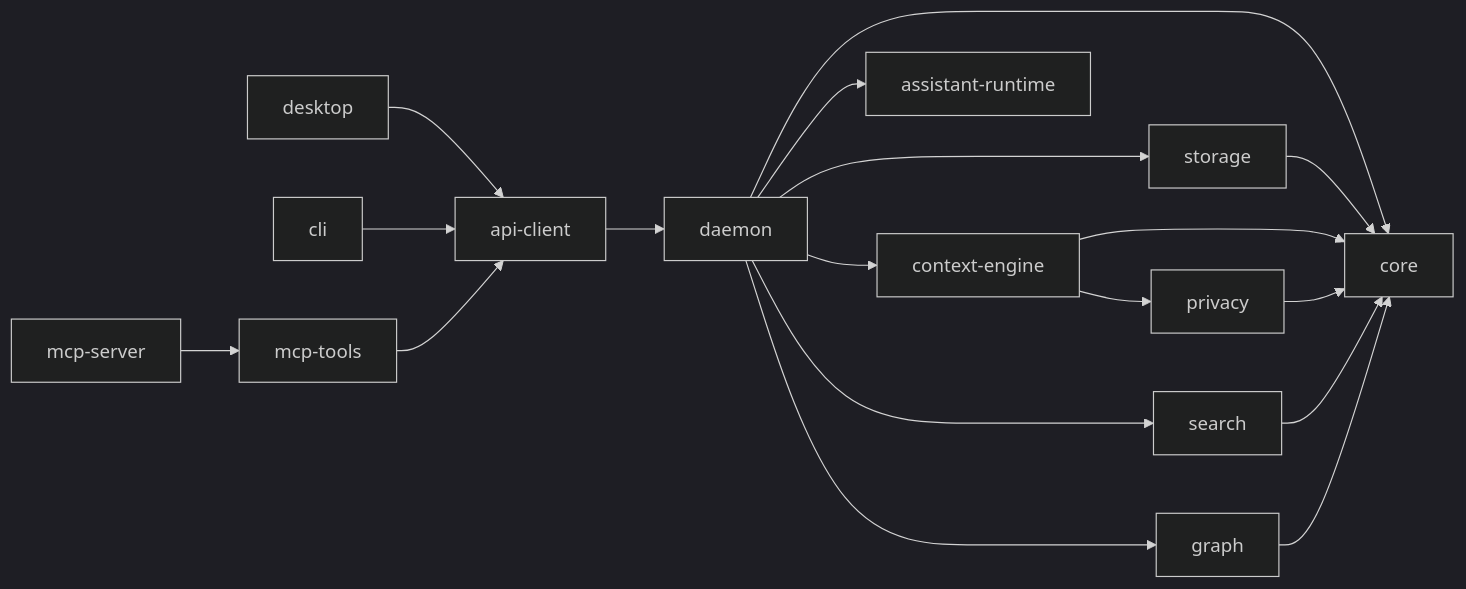
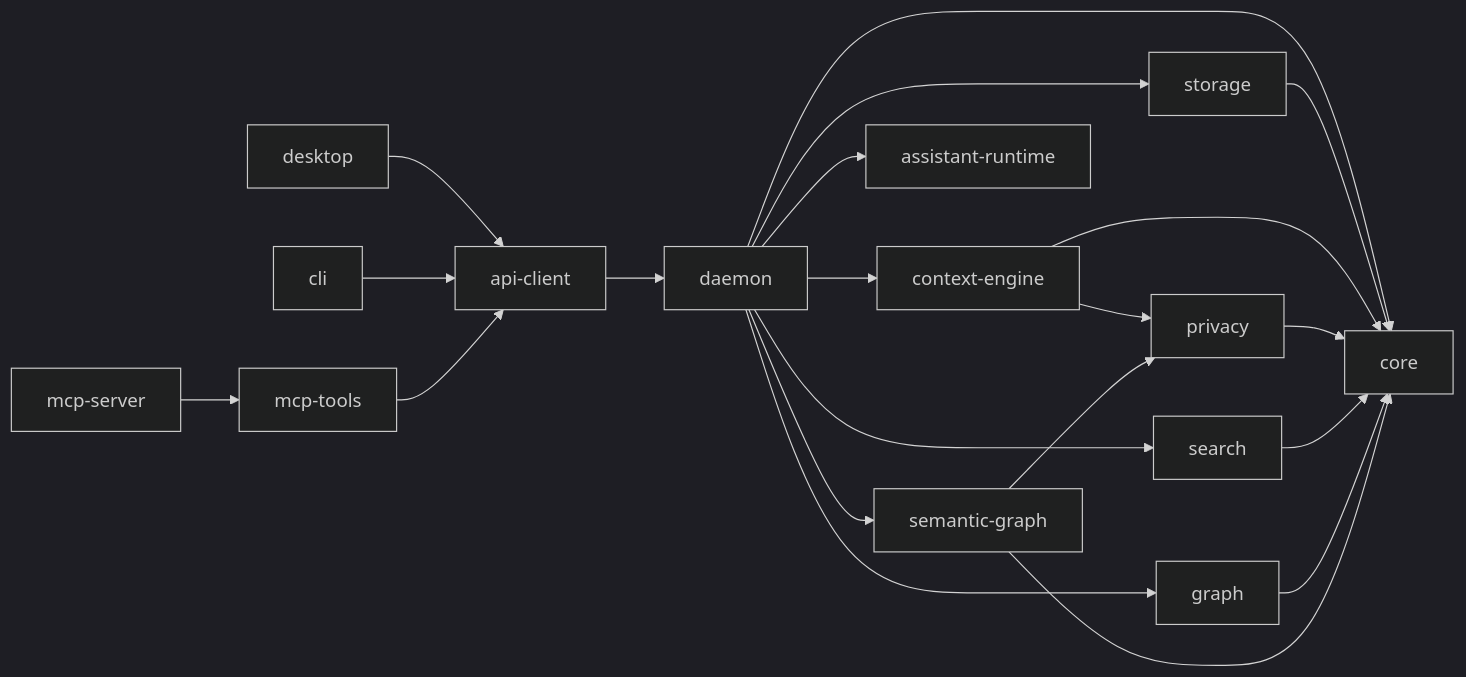
One commit to zharwing/memory changed diagram 21 of 21 in docs/DIAGRAMS.md. Above: the diagram before and after it, drawn with Mermaid (dark theme). The commit also changed other lines of this file and 7 other files, not shown here.

````diff
--- a/docs/DIAGRAMS.md
+++ b/docs/DIAGRAMS.md
@@ -689,20 +693,23 @@
 ```mermaid
 flowchart LR
   Desktop["desktop"] --> ApiClient["api-client"]
   CLI["cli"] --> ApiClient
   MCPServer["mcp-server"] --> MCPTools["mcp-tools"]
   MCPTools --> ApiClient
   ApiClient --> Daemon["daemon"]
   Daemon --> Core["core"]
   Daemon --> Storage["storage"]
   Daemon --> Context["context-engine"]
   Daemon --> Search["search"]
   Daemon --> Graph["graph"]
+  Daemon --> SemanticGraph["semantic-graph"]
   Daemon --> AssistantRuntime["assistant-runtime"]
   Storage --> Core
   Context --> Core
   Context --> Privacy["privacy"]
   Privacy --> Core
   Search --> Core
   Graph --> Core
+  SemanticGraph --> Core
+  SemanticGraph --> Privacy
 ```
````
